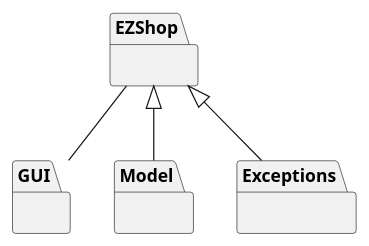
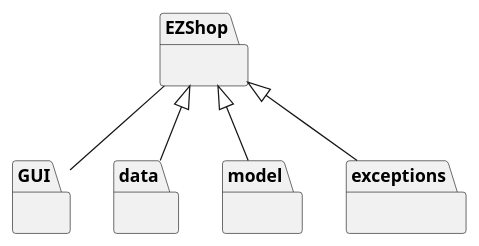
The first of 13 diagrams in Deliverables/DesignDocument.md (polito-se2-21-r03/se1-ezshop), drawn with PlantUML before and after one commit.

Commit message:
Updates to the high level design

````diff
--- a/Deliverables/DesignDocument.md
+++ b/Deliverables/DesignDocument.md
@@ -27,15 +27,17 @@
 ```plantuml
 @startuml
 
 package "EZShop" {}
 
 package "GUI" {}
-package "Model" {}
-package "Exceptions" {}
+package "data" {}
+package "model" {}
+package "exceptions" {}
 
 "EZShop" -- "GUI"
-"EZShop" <|-- "Model"
-"EZShop" <|-- "Exceptions"
+"EZShop" <|-- "data"
+"EZShop" <|-- "model"
+"EZShop" <|-- "exceptions"
 
 @enduml
 ```
````
